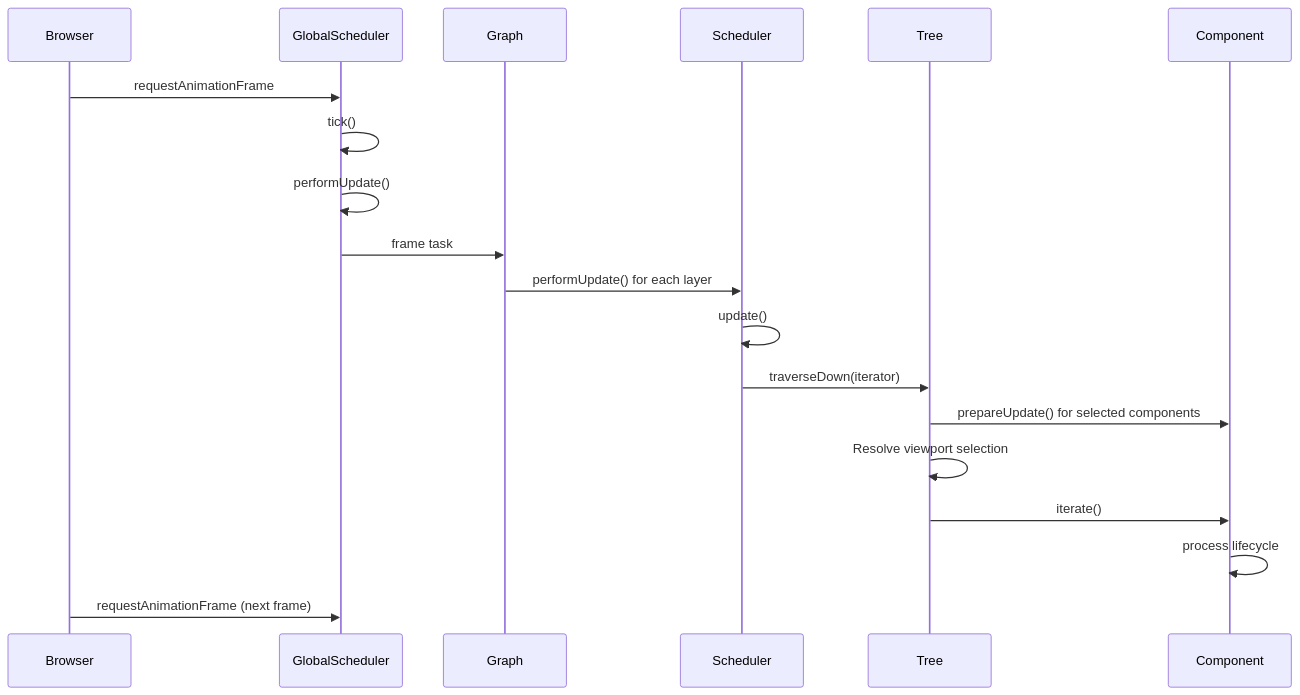
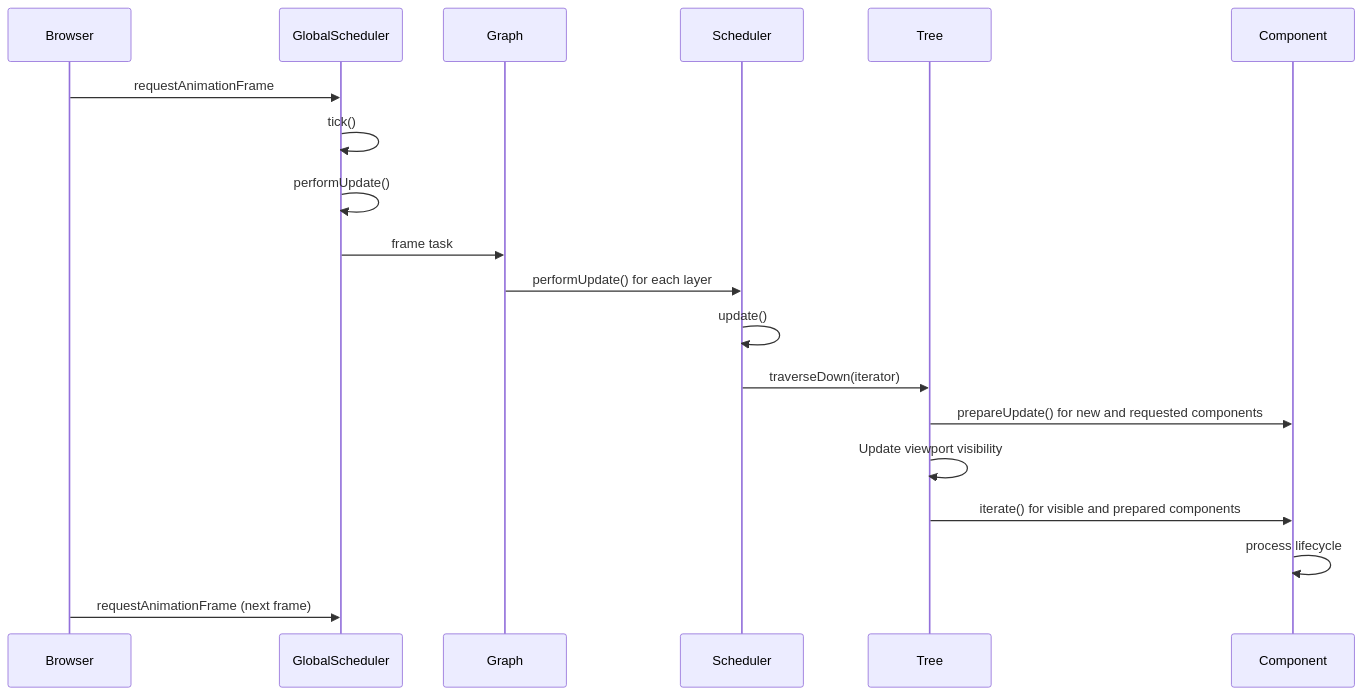
One commit to gravity-ui/graph changed the second of 7 diagrams in packages/graph/docs/system/scheduler-system.md. Above: the diagram before and after it, drawn with Mermaid. The commit also changed other lines of this file and 17 other files, not shown here.

First line of the commit message:
perf(graph): keep tree culling visibility incremental

````diff
--- a/packages/graph/docs/system/scheduler-system.md
+++ b/packages/graph/docs/system/scheduler-system.md
@@ -101,22 +101,22 @@
 ```mermaid
 sequenceDiagram
     participant Browser
     participant GlobalScheduler
     participant Graph
     participant Scheduler
     participant Tree
     participant Component
     
     Browser->>GlobalScheduler: requestAnimationFrame
     GlobalScheduler->>GlobalScheduler: tick()
     GlobalScheduler->>GlobalScheduler: performUpdate()
     GlobalScheduler->>Graph: frame task
     Graph->>Scheduler: performUpdate() for each layer
     Scheduler->>Scheduler: update()
     Scheduler->>Tree: traverseDown(iterator)
-    Tree->>Component: prepareUpdate() for selected components
-    Tree->>Tree: Resolve viewport selection
-    Tree->>Component: iterate()
+    Tree->>Component: prepareUpdate() for new and requested components
+    Tree->>Tree: Update viewport visibility
+    Tree->>Component: iterate() for visible and prepared components
     Component->>Component: process lifecycle
     Browser->>GlobalScheduler: requestAnimationFrame (next frame)
 ```
````
